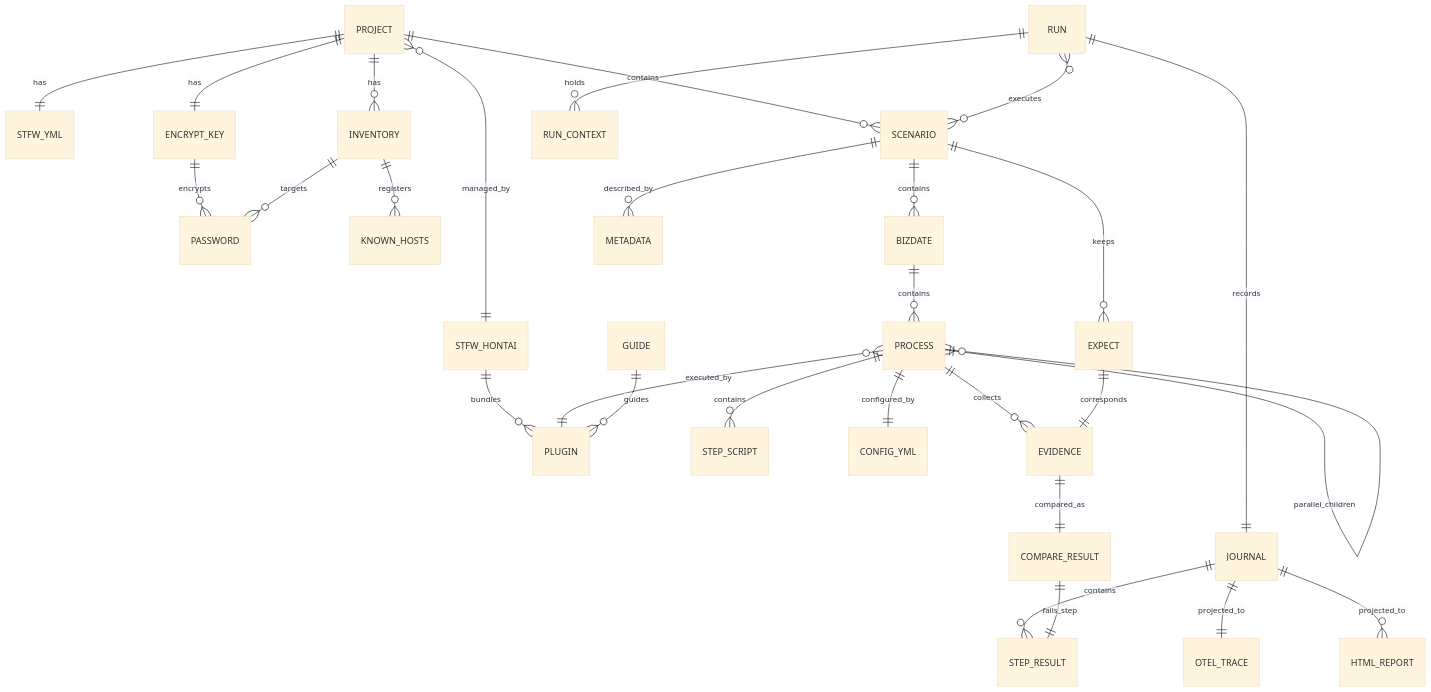
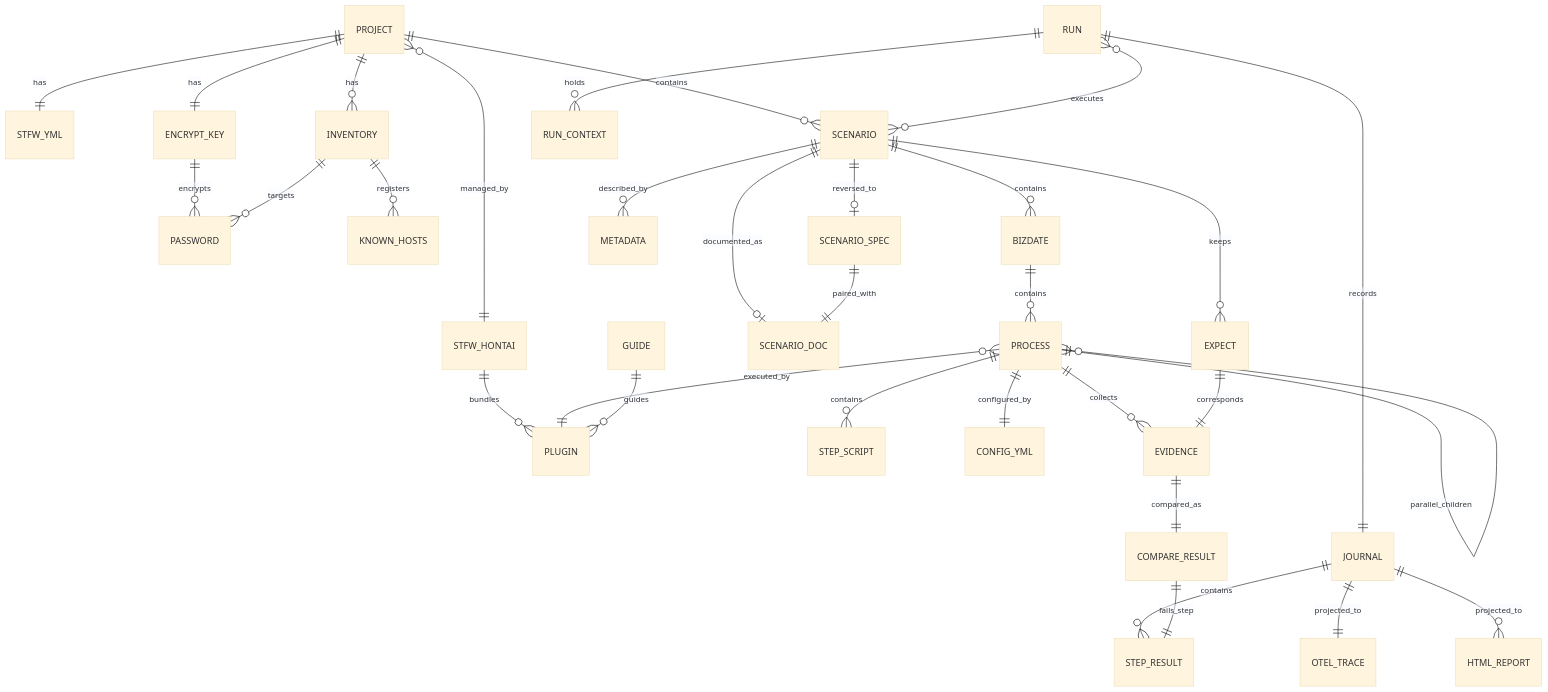
Before and after one commit to scenario-test-framework/stfw: the fifth of 5 diagrams in docs/arch/latest/arch-design.md, drawn with Mermaid (base theme). The commit also changed other lines of this file and 15 other files, not shown here.

````diff
--- a/docs/arch/latest/arch-design.md
+++ b/docs/arch/latest/arch-design.md
@@ -412,31 +425,34 @@
 ```mermaid
 erDiagram
 STFW_HONTAI ||--o{ PLUGIN : bundles
 PROJECT }o--|| STFW_HONTAI : managed_by
 PROJECT ||--|| STFW_YML : has
 PROJECT ||--o{ INVENTORY : has
 PROJECT ||--|| ENCRYPT_KEY : has
 ENCRYPT_KEY ||--o{ PASSWORD : encrypts
 INVENTORY ||--o{ PASSWORD : targets
 INVENTORY ||--o{ KNOWN_HOSTS : registers
 PROJECT ||--o{ SCENARIO : contains
 SCENARIO ||--o{ BIZDATE : contains
 BIZDATE ||--o{ PROCESS : contains
 PROCESS ||--o{ PROCESS : parallel_children
 PROCESS ||--o{ STEP_SCRIPT : contains
 PROCESS ||--|| CONFIG_YML : configured_by
 PROCESS }o--|| PLUGIN : executed_by
 SCENARIO ||--o{ METADATA : described_by
+SCENARIO ||--o| SCENARIO_SPEC : reversed_to
+SCENARIO ||--o| SCENARIO_DOC : documented_as
+SCENARIO_SPEC ||--|| SCENARIO_DOC : paired_with
 RUN }o--o{ SCENARIO : executes
 RUN ||--|| JOURNAL : records
 RUN ||--o{ RUN_CONTEXT : holds
 JOURNAL ||--o{ STEP_RESULT : contains
 JOURNAL ||--|| OTEL_TRACE : projected_to
 JOURNAL ||--o{ HTML_REPORT : projected_to
 SCENARIO ||--o{ EXPECT : keeps
 PROCESS ||--o{ EVIDENCE : collects
 EXPECT ||--|| EVIDENCE : corresponds
 EVIDENCE ||--|| COMPARE_RESULT : compared_as
 COMPARE_RESULT ||--|| STEP_RESULT : fails_step
 GUIDE ||--o{ PLUGIN : guides
 ```
````
